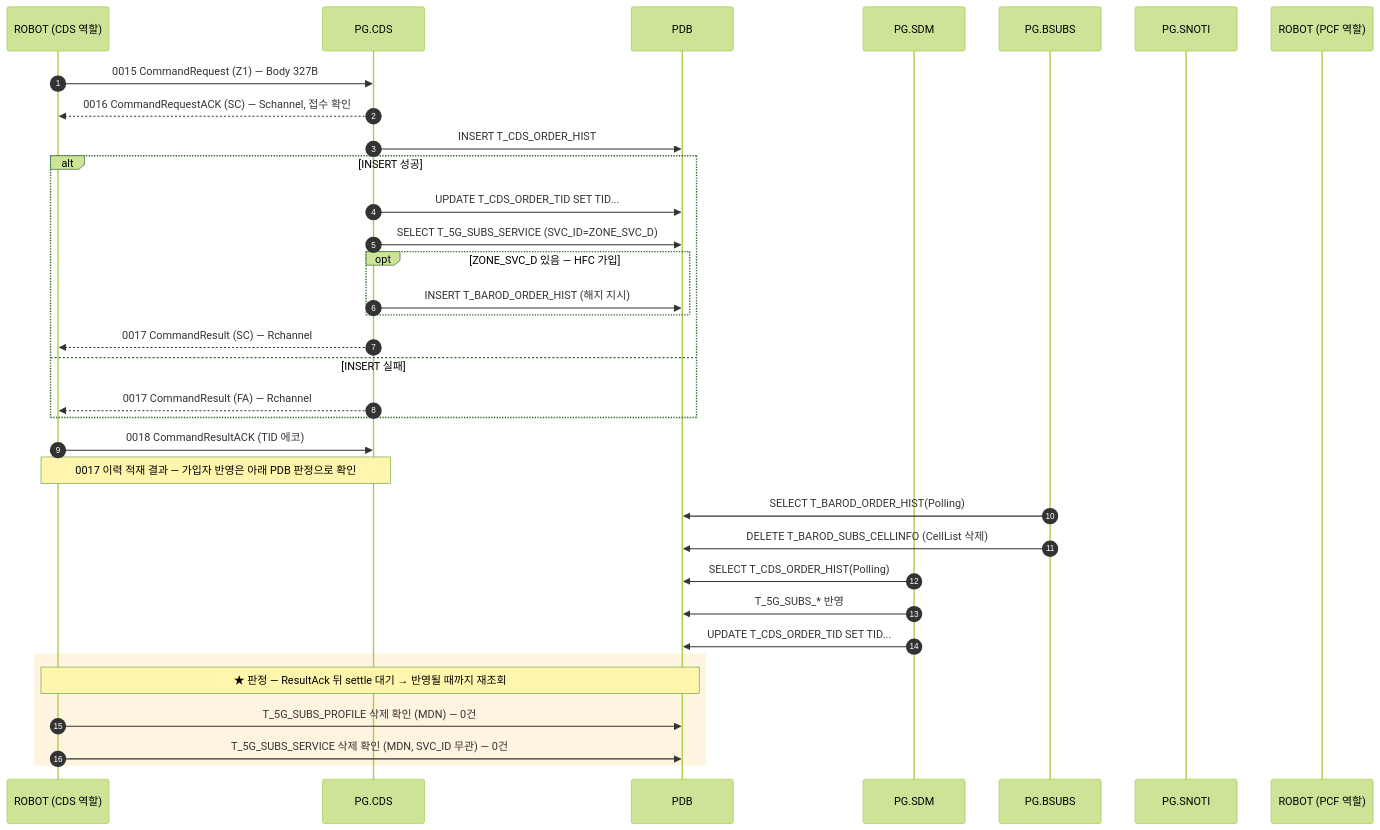
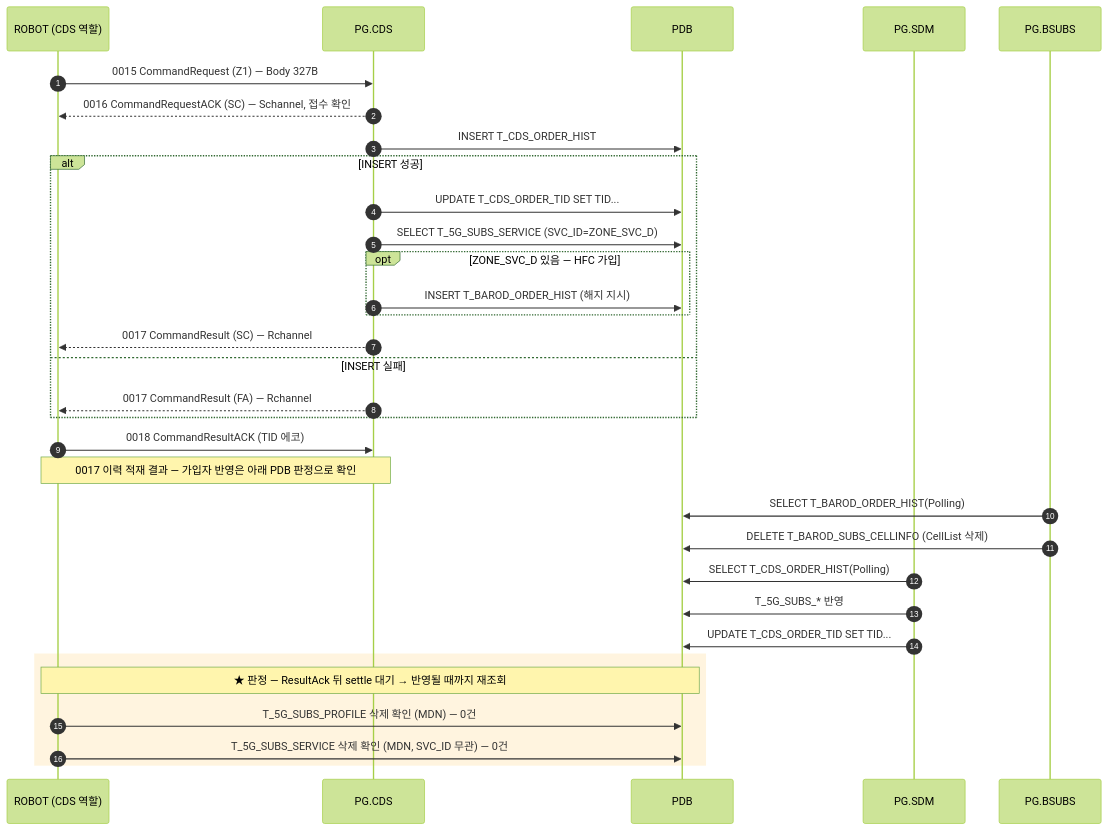
The diagram in docs/callflow/CDS_Z1.md (IanKim2030/tc4robot), drawn with Mermaid (forest theme) before and after one commit. The commit also changed 4 other files, not shown here.

````diff
--- a/docs/callflow/CDS_Z1.md
+++ b/docs/callflow/CDS_Z1.md
@@ -17,38 +17,36 @@
 ```mermaid
 sequenceDiagram
     autonumber
     participant TOOL as ROBOT (CDS 역할)
     participant PCDS as PG.CDS
     participant PDB as PDB
     participant SDM as PG.SDM
     participant BSUBS as PG.BSUBS
-    participant SNOTI as PG.SNOTI
-    participant PCF as ROBOT (PCF 역할)
 
     TOOL->>PCDS: 0015 CommandRequest (Z1) — Body 327B
     PCDS-->>TOOL: 0016 CommandRequestACK (SC) — Schannel, 접수 확인
     PCDS->>PDB: INSERT T_CDS_ORDER_HIST
     alt INSERT 성공
         PCDS->>PDB: UPDATE T_CDS_ORDER_TID SET TID...
         PCDS->>PDB: SELECT T_5G_SUBS_SERVICE (SVC_ID=ZONE_SVC_D)
         opt ZONE_SVC_D 있음 — HFC 가입
             PCDS->>PDB: INSERT T_BAROD_ORDER_HIST (해지 지시)
         end
         PCDS-->>TOOL: 0017 CommandResult (SC) — Rchannel
     else INSERT 실패
         PCDS-->>TOOL: 0017 CommandResult (FA) — Rchannel
     end
     TOOL->>PCDS: 0018 CommandResultACK (TID 에코)
     Note over TOOL,PCDS: 0017 이력 적재 결과 — 가입자 반영은 아래 PDB 판정으로 확인
 
     BSUBS->>PDB: SELECT T_BAROD_ORDER_HIST(Polling)
     BSUBS->>PDB: DELETE T_BAROD_SUBS_CELLINFO (CellList 삭제)
     SDM->>PDB: SELECT T_CDS_ORDER_HIST(Polling)
     SDM->>PDB: T_5G_SUBS_* 반영
     SDM->>PDB: UPDATE T_CDS_ORDER_TID SET TID...
     rect rgba(255, 176, 32, 0.14)
     Note over TOOL,PDB: ★ 판정 — ResultAck 뒤 settle 대기 → 반영될 때까지 재조회
         TOOL->>PDB: T_5G_SUBS_PROFILE 삭제 확인 (MDN) — 0건
         TOOL->>PDB: T_5G_SUBS_SERVICE 삭제 확인 (MDN, SVC_ID 무관) — 0건
     end
 ```
````
